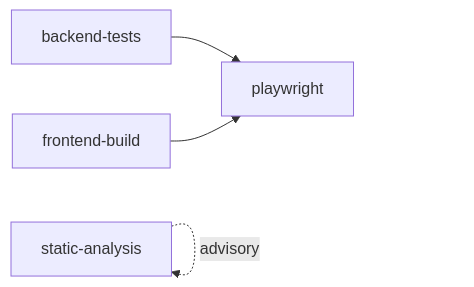
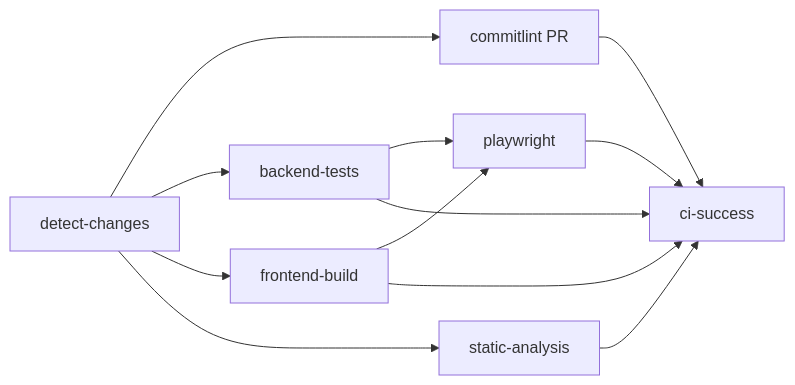
The diagram in _dev/vi/ci-cd.md (EasyToBuildWithKane/va-qlda), drawn with Mermaid before and after one commit. The commit also changed other lines of this file and 116 other files, not shown here.

````diff
--- a/_dev/vi/ci-cd.md
+++ b/_dev/vi/ci-cd.md
@@ -80,10 +98,14 @@
 ```mermaid
 flowchart LR
+  DC[detect-changes]
+  CL[commitlint PR]
   BE[backend-tests]
   FE[frontend-build]
+  SA[static-analysis]
   PW[playwright]
-  SA[static-analysis]
+  OK[ci-success]
+  DC --> CL & BE & FE & SA
   BE --> PW
   FE --> PW
-  SA -. advisory .-> SA
+  CL & BE & FE & SA & PW --> OK
 ```
````
